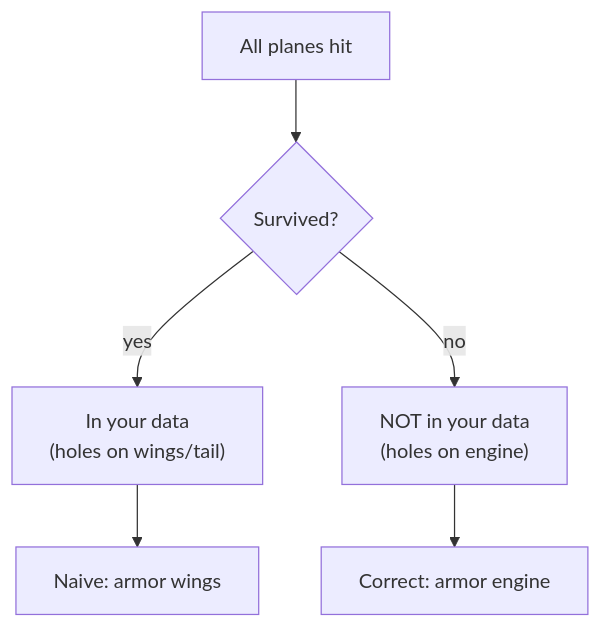
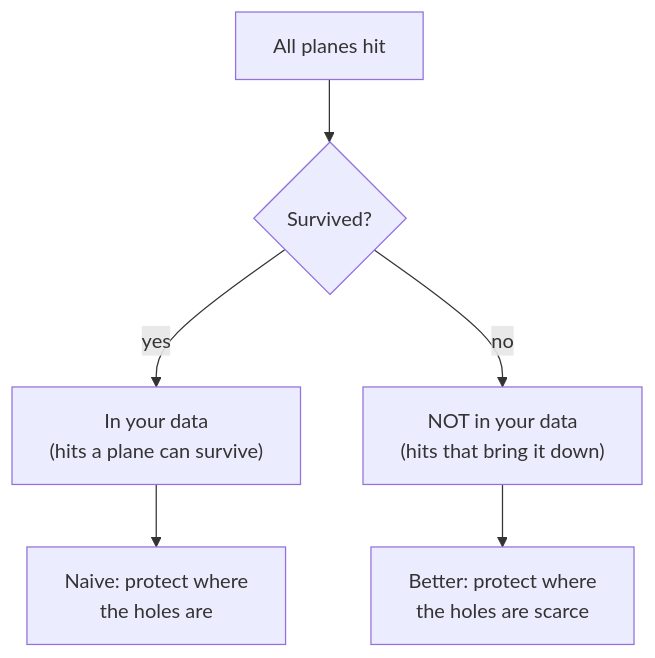
The third of 5 diagrams in content/courses/statistics-for-data-science-python/statistical-fallacies.mdx (dataslope/dataslope), drawn with Mermaid before and after one commit. The commit also changed other lines of this file and 641 other files, not shown here.

````diff
--- a/content/courses/statistics-for-data-science-python/statistical-fallacies.mdx
+++ b/content/courses/statistics-for-data-science-python/statistical-fallacies.mdx
@@ -375,8 +378,8 @@
 ```mermaid
 flowchart TD
   A["All planes hit"] --> B{"Survived?"}
-  B -->|"yes"| C["In your data<br/>(holes on wings/tail)"]
-  B -->|"no"| D["NOT in your data<br/>(holes on engine)"]
-  C --> E["Naive: armor wings"]
-  D --> F["Correct: armor engine"]
+  B -->|"yes"| C["In your data<br/>(hits a plane can survive)"]
+  B -->|"no"| D["NOT in your data<br/>(hits that bring it down)"]
+  C --> E["Naive: protect where<br/>the holes are"]
+  D --> F["Better: protect where<br/>the holes are scarce"]
 ```
````
